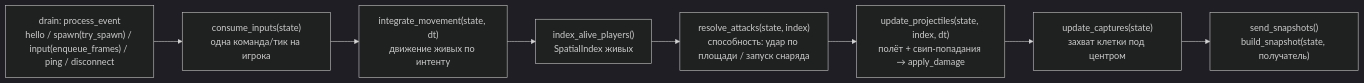
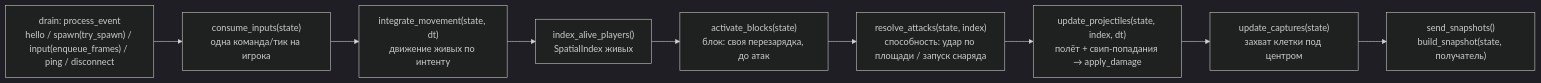
One commit to litcxx/Game changed the fourth of 6 diagrams in server/docs/sequence-diagram.md. Above: the diagram before and after it, drawn with Mermaid (dark theme). The commit also changed other lines of this file and 5 other files, not shown here.

````diff
--- a/server/docs/sequence-diagram.md
+++ b/server/docs/sequence-diagram.md
@@ -120,12 +120,13 @@
 ```mermaid
 flowchart LR
     drain["drain: process_event<br/>hello / spawn(try_spawn) / input(enqueue_frames) / ping / disconnect"]
     consume["consume_inputs(state)<br/>одна команда/тик на игрока"]
     move["integrate_movement(state, dt)<br/>движение живых по интенту"]
     index["index_alive_players()<br/>SpatialIndex живых"]
+    blocks["activate_blocks(state)<br/>блок: своя перезарядка, до атак"]
     combat["resolve_attacks(state, index)<br/>способность: удар по площади / запуск снаряда"]
     proj["update_projectiles(state, index, dt)<br/>полёт + свип-попадания → apply_damage"]
     cap["update_captures(state)<br/>захват клетки под центром"]
     snap["send_snapshots()<br/>build_snapshot(state, получатель)"]
-    drain --> consume --> move --> index --> combat --> proj --> cap --> snap
+    drain --> consume --> move --> index --> blocks --> combat --> proj --> cap --> snap
 ```
````
